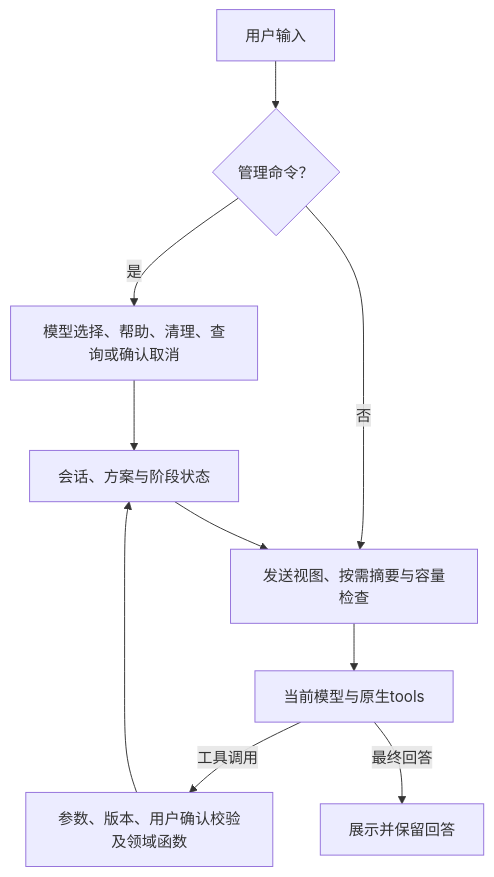
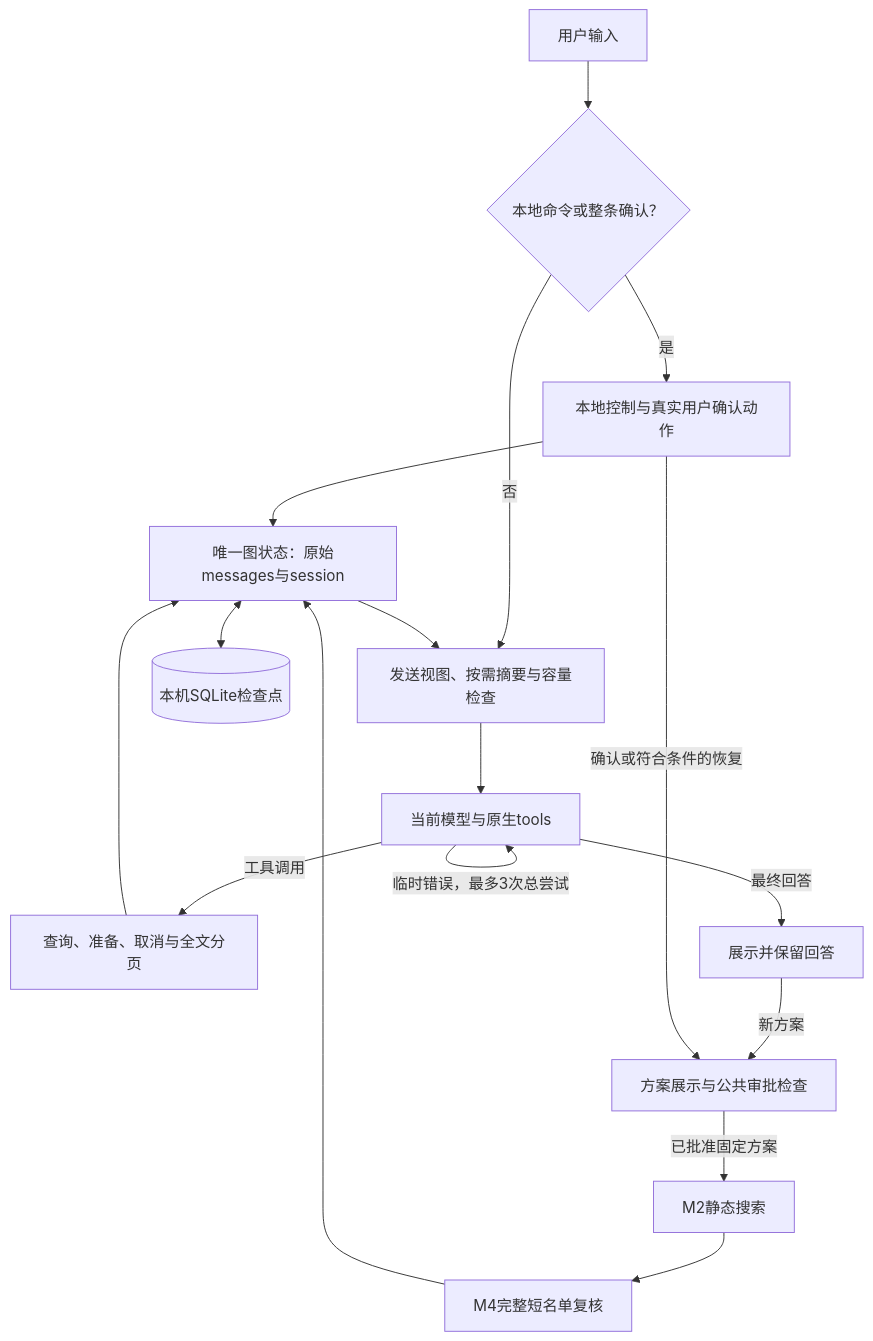
One commit to lvguima/petroleum_rto_agent changed the diagram in docs/architecture/02_领域智能体架构与功能设计.md. Above: the diagram before and after it, drawn with Mermaid. The commit also changed other lines of this file and 57 other files, not shown here.

````diff
--- a/docs/architecture/02_领域智能体架构与功能设计.md
+++ b/docs/architecture/02_领域智能体架构与功能设计.md
@@ -9,14 +9,21 @@
 ```mermaid
 flowchart TB
-    accTitle: 当前原生工具循环
-    accDescr: 自然语言进入带工具声明的模型；程序校验方案和执行资格后调用领域函数并回传结果，直到回答或停止。管理命令本地处理并保留会话。
-    input["用户输入"] --> command{"管理命令？"}
-    command -->|是| local["模型选择、帮助、清理、查询或确认取消"]
+    accTitle: 单一图中的对话、审批与固定执行
+    accDescr: 一份图状态保存原始消息与会话，SQLite记录检查点；模型只能查询和准备，真实用户确认后由同一图固定执行M2和M4，重启不自动计算。
+    input["用户输入"] --> command{"本地命令或整条确认？"}
+    command -->|是| local["本地控制与真实用户确认动作"]
     command -->|否| context["发送视图、按需摘要与容量检查"]
-    local --> state["会话、方案与阶段状态"]
+    local --> state["唯一图状态：原始messages与session"]
+    state <--> database[("本机SQLite检查点")]
     state --> context
     context --> model["当前模型与原生tools"]
-    model -->|工具调用| tools["参数、版本、用户确认校验及领域函数"]
+    model -->|临时错误，最多3次总尝试| model
+    model -->|工具调用| tools["查询、准备、取消与全文分页"]
     tools --> state
     model -->|最终回答| reply["展示并保留回答"]
+    reply -->|新方案| gate["方案展示与公共审批检查"]
+    local -->|确认或符合条件的恢复| gate
+    gate -->|已批准固定方案| m2["M2静态搜索"]
+    m2 --> m4["M4完整短名单复核"]
+    m4 --> state
 ```
````
